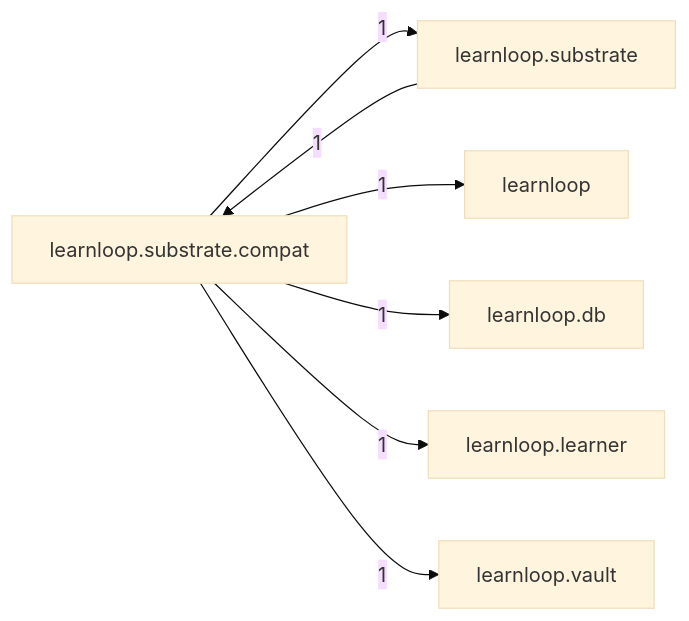
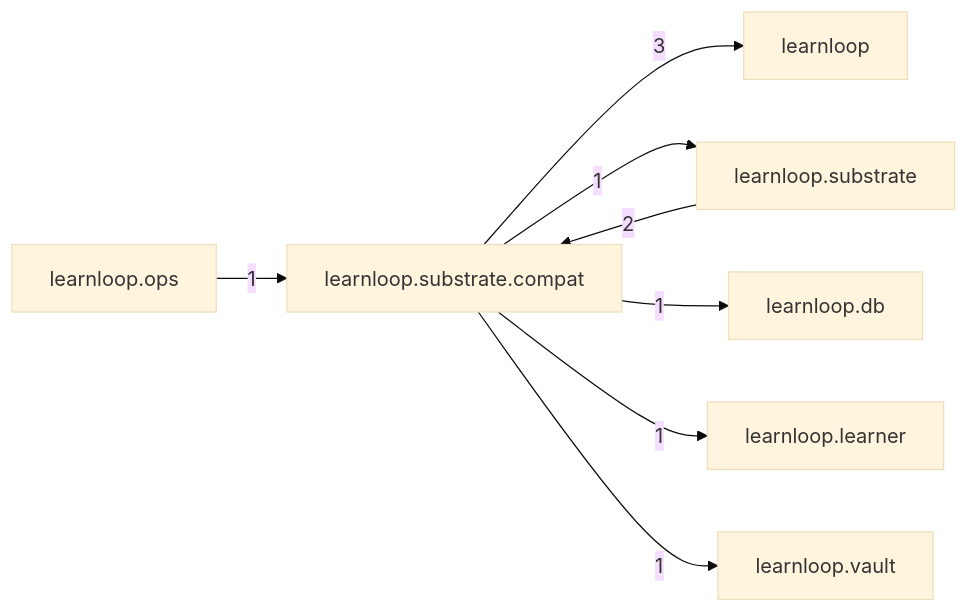
One commit to 6up-b/learnanything changed the diagram in docs/learnloop-architecture-vault/Reference/Modules/learnloop/substrate/compat/_package.md. Above: the diagram before and after it, drawn with Mermaid (base theme). The commit also changed other lines of this file and 51 other files, not shown here.

````diff
--- a/docs/learnloop-architecture-vault/Reference/Modules/learnloop/substrate/compat/_package.md
+++ b/docs/learnloop-architecture-vault/Reference/Modules/learnloop/substrate/compat/_package.md
@@ -68,15 +69,17 @@
 ```mermaid
 flowchart LR
     center["learnloop.substrate.compat"]
+    n_learnloop["learnloop"]
     n_learnloop_substrate["learnloop.substrate"]
-    n_learnloop["learnloop"]
     n_learnloop_db["learnloop.db"]
     n_learnloop_learner["learnloop.learner"]
+    n_learnloop_ops["learnloop.ops"]
     n_learnloop_vault["learnloop.vault"]
-    n_learnloop_substrate -->|1| center
+    center -->|3| n_learnloop
+    n_learnloop_substrate -->|2| center
     center -->|1| n_learnloop_substrate
-    center -->|1| n_learnloop
     center -->|1| n_learnloop_db
     center -->|1| n_learnloop_learner
+    n_learnloop_ops -->|1| center
     center -->|1| n_learnloop_vault
 ```
````
